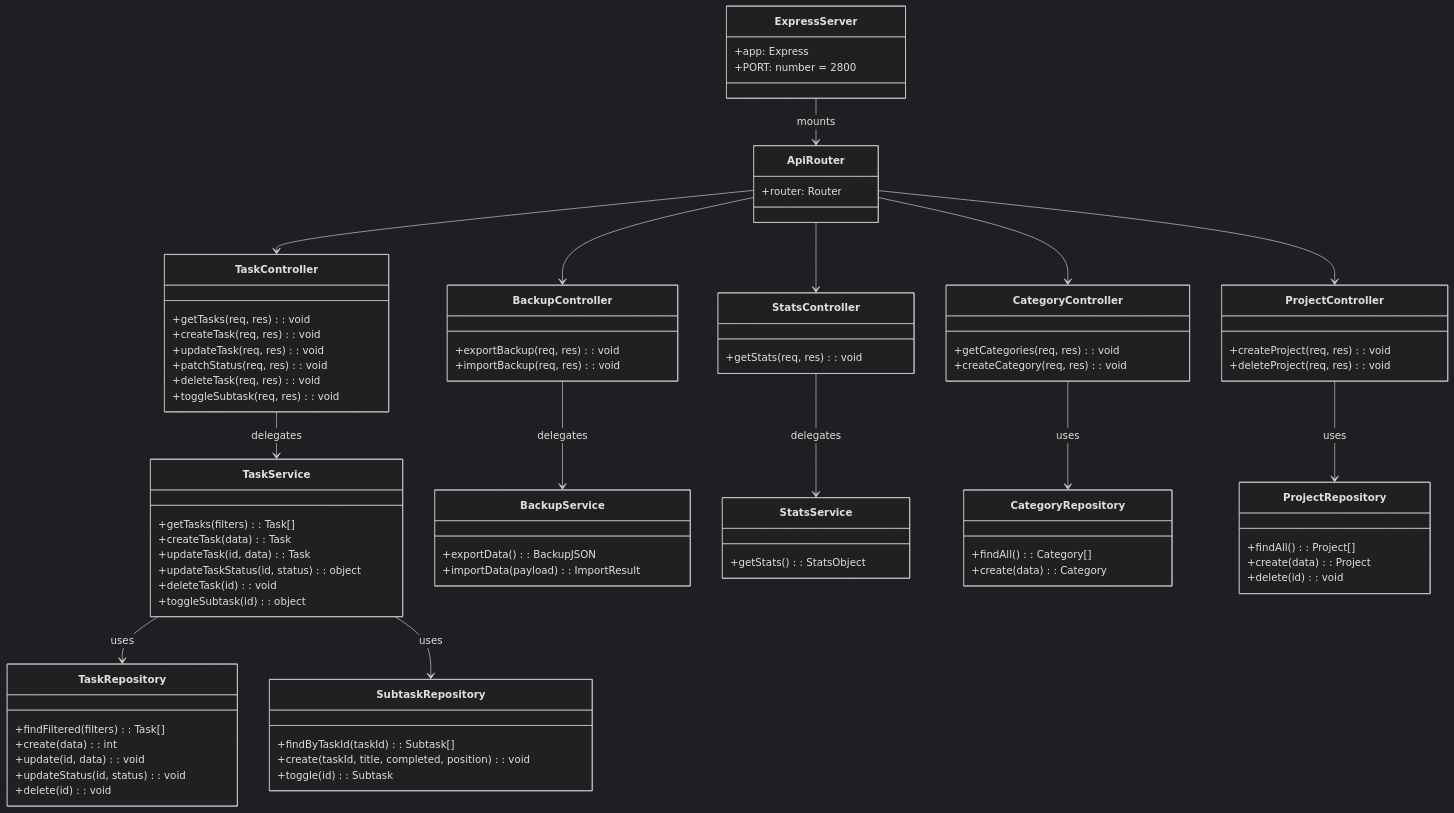
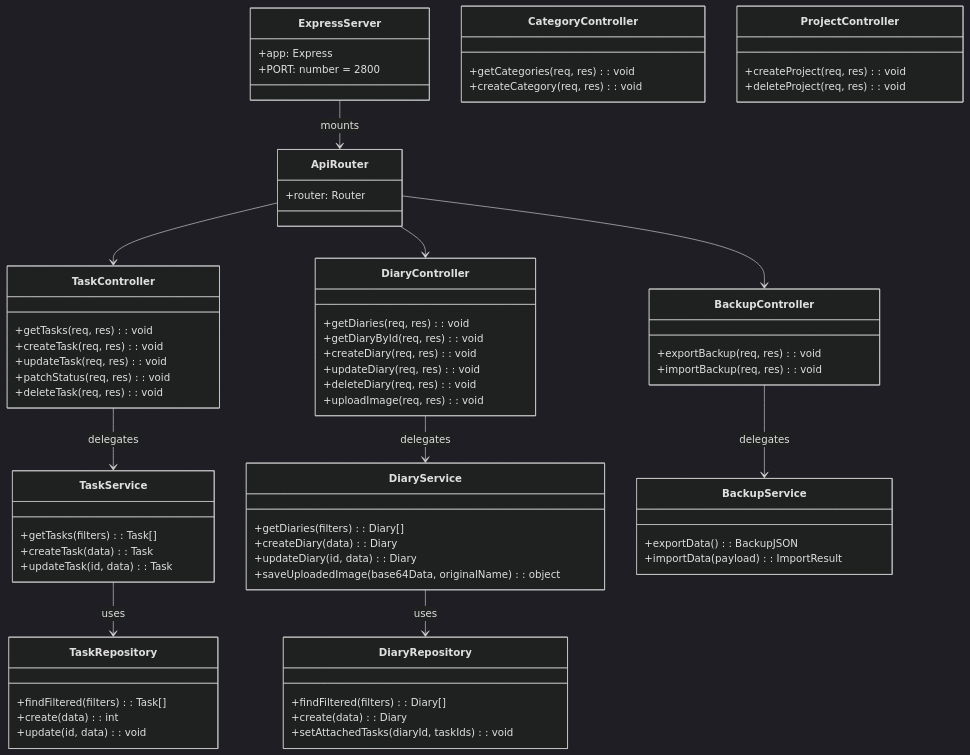
The second of 2 diagrams in docs/CLASS_DIAGRAM.md (sidneicjr28/SCJ28-Task-System), drawn with Mermaid (dark theme) before and after one commit. The commit also changed other lines of this file and 10 other files, not shown here.

````diff
--- a/docs/CLASS_DIAGRAM.md
+++ b/docs/CLASS_DIAGRAM.md
@@ -85,7 +104,15 @@
         +updateTask(req, res): void
         +patchStatus(req, res): void
         +deleteTask(req, res): void
-        +toggleSubtask(req, res): void
+    }
+
+    class DiaryController {
+        +getDiaries(req, res): void
+        +getDiaryById(req, res): void
+        +createDiary(req, res): void
+        +updateDiary(req, res): void
+        +deleteDiary(req, res): void
+        +uploadImage(req, res): void
     }
 
     class BackupController {
@@ -93,17 +120,17 @@
         +importBackup(req, res): void
     }
 
-    class StatsController {
-        +getStats(req, res): void
-    }
-
     class TaskService {
         +getTasks(filters): Task[]
         +createTask(data): Task
         +updateTask(id, data): Task
-        +updateTaskStatus(id, status): object
-        +deleteTask(id): void
-        +toggleSubtask(id): object
+    }
+
+    class DiaryService {
+        +getDiaries(filters): Diary[]
+        +createDiary(data): Diary
+        +updateDiary(id, data): Diary
+        +saveUploadedImage(base64Data, originalName): object
     }
 
     class BackupService {
@@ -111,48 +138,27 @@
         +importData(payload): ImportResult
     }
 
-    class StatsService {
-        +getStats(): StatsObject
-    }
-
-    class CategoryRepository {
-        +findAll(): Category[]
-        +create(data): Category
-    }
-
-    class ProjectRepository {
-        +findAll(): Project[]
-        +create(data): Project
-        +delete(id): void
-    }
-
     class TaskRepository {
         +findFiltered(filters): Task[]
         +create(data): int
         +update(id, data): void
-        +updateStatus(id, status): void
-        +delete(id): void
     }
 
-    class SubtaskRepository {
-        +findByTaskId(taskId): Subtask[]
-        +create(taskId, title, completed, position): void
-        +toggle(id): Subtask
+    class DiaryRepository {
+        +findFiltered(filters): Diary[]
+        +create(data): Diary
+        +setAttachedTasks(diaryId, taskIds): void
     }
 
     ExpressServer --> ApiRouter : mounts
-    ApiRouter --> CategoryController
-    ApiRouter --> ProjectController
     ApiRouter --> TaskController
+    ApiRouter --> DiaryController
     ApiRouter --> BackupController
-    ApiRouter --> StatsController
 
     TaskController --> TaskService : delegates
+    DiaryController --> DiaryService : delegates
     BackupController --> BackupService : delegates
-    StatsController --> StatsService : delegates
 
-    CategoryController --> CategoryRepository : uses
-    ProjectController --> ProjectRepository : uses
     TaskService --> TaskRepository : uses
-    TaskService --> SubtaskRepository : uses
+    DiaryService --> DiaryRepository : uses
 ```
````
